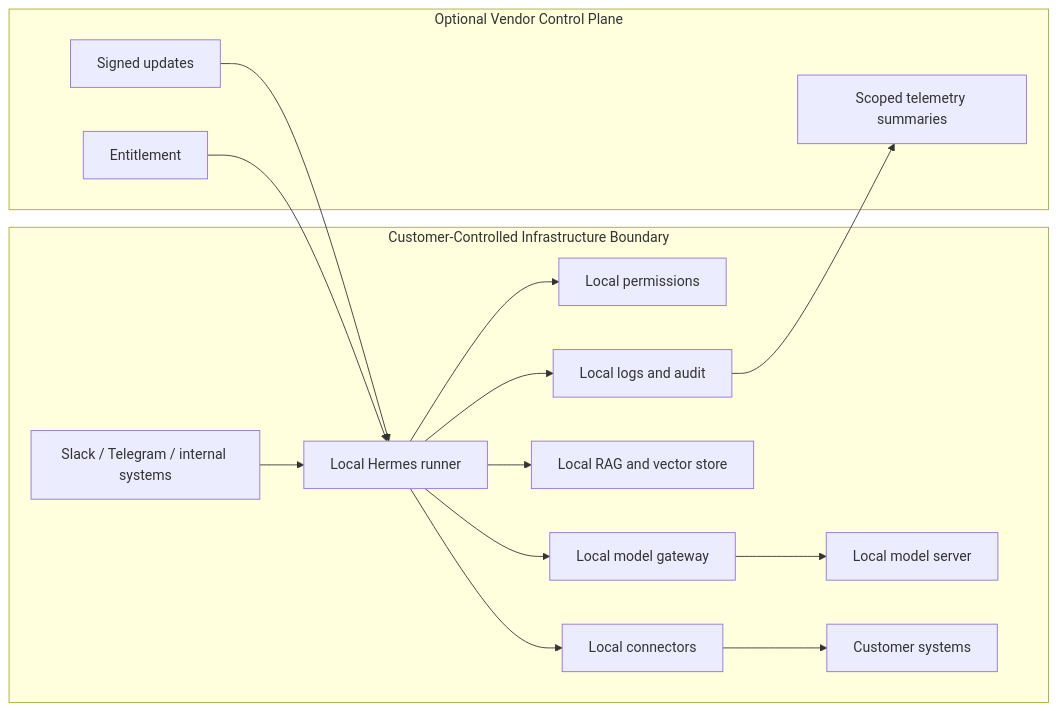
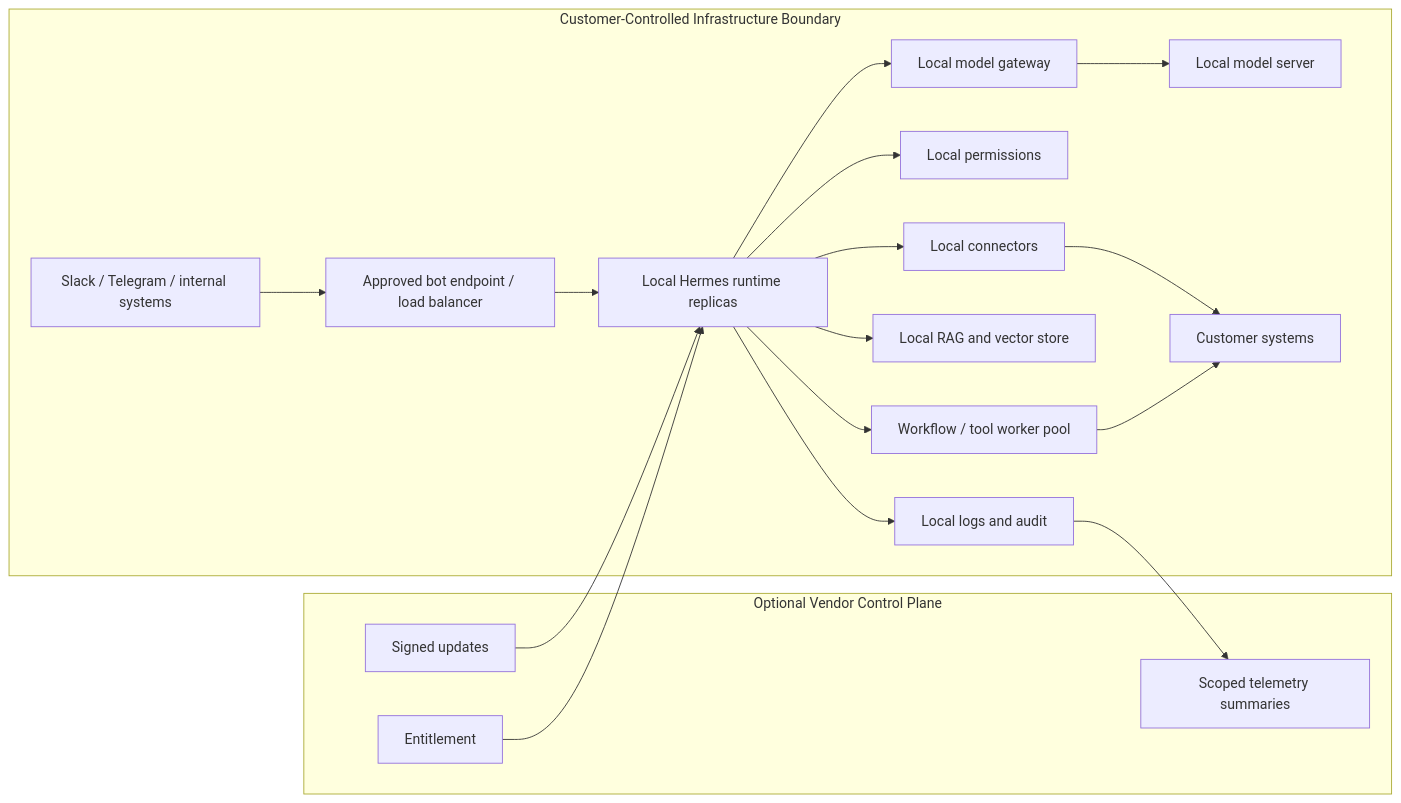
One commit to atlamors/agent-docs changed the diagram in app/deployment-strategies/full-on-prem-appliance/page.mdx. Above: the diagram before and after it, drawn with Mermaid. The commit also changed other lines of this file and 4 other files, not shown here.

Commit message:
Clarify runtime scaling in deployment diagrams

````diff
--- a/app/deployment-strategies/full-on-prem-appliance/page.mdx
+++ b/app/deployment-strategies/full-on-prem-appliance/page.mdx
@@ -51,23 +53,26 @@
 ```mermaid
 flowchart LR
   subgraph customer["Customer-Controlled Infrastructure Boundary"]
-    channels["Slack / Telegram / internal systems"] --> runner["Local Hermes runner"]
-    runner --> permissions["Local permissions"]
-    runner --> connectors["Local connectors"]
-    runner --> rag["Local RAG and vector store"]
-    runner --> gateway["Local model gateway"]
+    channels["Slack / Telegram / internal systems"] --> ingress["Approved bot endpoint / load balancer"]
+    ingress --> runtimePool["Local Hermes runtime replicas"]
+    runtimePool --> workerPool["Workflow / tool worker pool"]
+    runtimePool --> permissions["Local permissions"]
+    runtimePool --> connectors["Local connectors"]
+    runtimePool --> rag["Local RAG and vector store"]
+    runtimePool --> gateway["Local model gateway"]
     gateway --> modelServer["Local model server"]
-    runner --> audit["Local logs and audit"]
+    runtimePool --> audit["Local logs and audit"]
     connectors --> systems["Customer systems"]
+    workerPool --> systems
   end
 
   subgraph control["Optional Vendor Control Plane"]
     updates["Signed updates"]
     entitlement["Entitlement"]
     telemetry["Scoped telemetry summaries"]
   end
 
-  updates --> runner
-  entitlement --> runner
+  updates --> runtimePool
+  entitlement --> runtimePool
   audit --> telemetry
 ```
````
